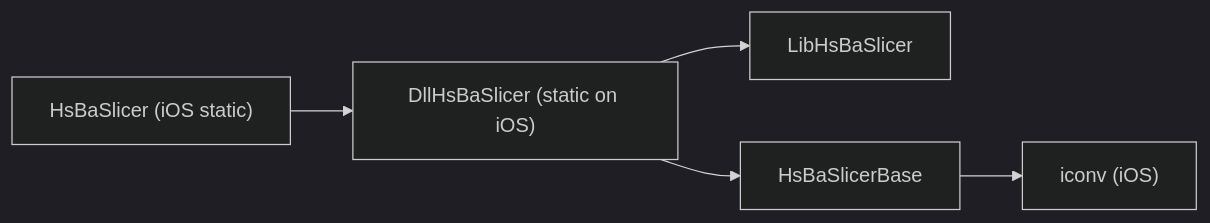
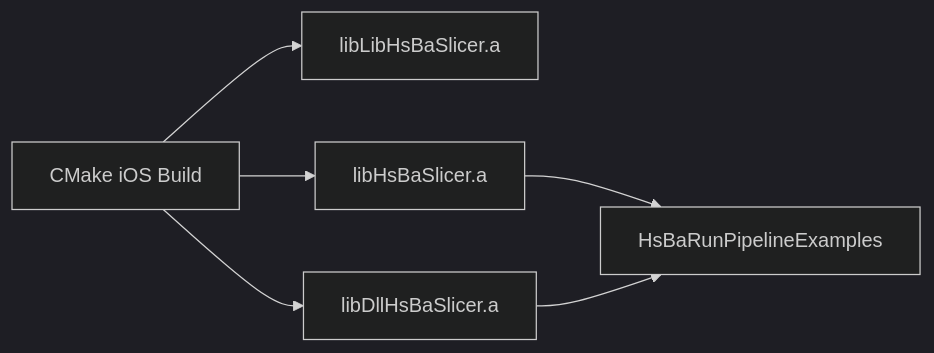
The eighth of 9 diagrams in .qoder/repowiki/en/content/Integration Guide/Mobile Platform Integration/iOS Integration.md (hsmbanlance/HsBaSlicer), drawn with Mermaid (dark theme) before and after one commit. The commit also changed other lines of this file and 1095 other files, not shown here.

````diff
--- a/.qoder/repowiki/en/content/Integration Guide/Mobile Platform Integration/iOS Integration.md
+++ b/.qoder/repowiki/en/content/Integration Guide/Mobile Platform Integration/iOS Integration.md
@@ -289,7 +291,8 @@
 ```mermaid
 graph LR
-HsBaSlicer["HsBaSlicer (iOS static)"] --> DllHsBaSlicer["DllHsBaSlicer (static on iOS)"]
-DllHsBaSlicer --> LibHsBaSlicer["LibHsBaSlicer"]
-DllHsBaSlicer --> Base["HsBaSlicerBase"]
-Base --> Iconv["iconv (iOS)"]
+CMake["CMake iOS Build"] --> LibHsBaSlicer["libLibHsBaSlicer.a"]
+CMake --> LibDllHsBaSlicer["libDllHsBaSlicer.a"]
+CMake --> LibHsBaSlicerEntry["libHsBaSlicer.a"]
+LibHsBaSlicerEntry --> Symbol["HsBaRunPipelineExamples"]
+LibDllHsBaSlicer --> Symbol
 ```
````
